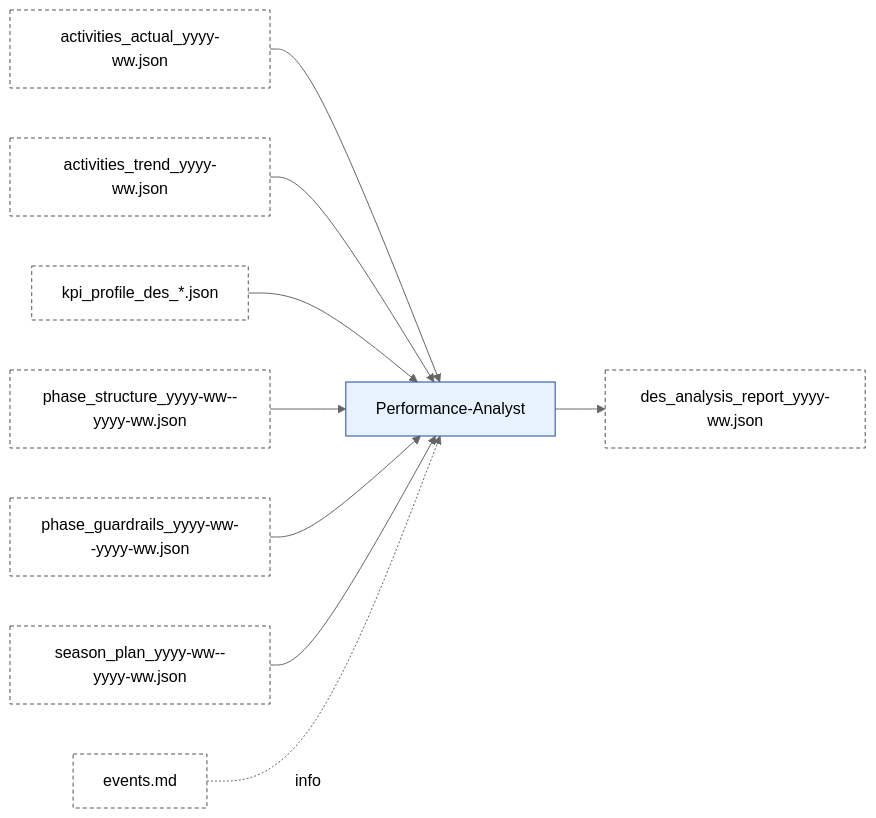
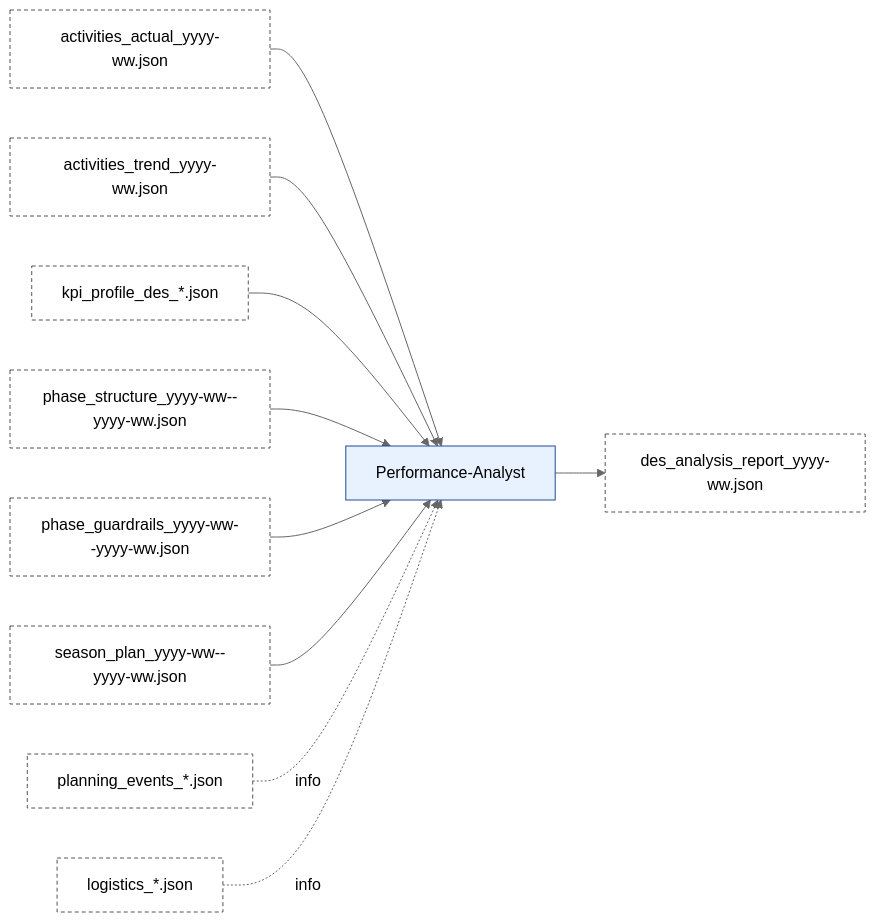
One commit to albauer-priv/RPS changed the eighth of 8 diagrams in doc/overview/artefact_flow.md. Above: the diagram before and after it, drawn with Mermaid (neutral theme). The commit also changed other lines of this file and 78 other files, not shown here.

````diff
--- a/doc/overview/artefact_flow.md
+++ b/doc/overview/artefact_flow.md
@@ -385,15 +401,16 @@
 ```mermaid
 flowchart LR
   AA[activities_actual_yyyy-ww.json]:::artefact --> PA[Performance-Analyst]:::agent
   AT[activities_trend_yyyy-ww.json]:::artefact --> PA
   KP[kpi_profile_des_*.json]:::artefact --> PA
   BEA[phase_structure_yyyy-ww--yyyy-ww.json]:::artefact --> PA
   BG[phase_guardrails_yyyy-ww--yyyy-ww.json]:::artefact --> PA
   MO[season_plan_yyyy-ww--yyyy-ww.json]:::artefact --> PA
-  EV[events.md]:::artefact -. info .-> PA
+  PE[planning_events_*.json]:::artefact -. info .-> PA
+  LG[logistics_*.json]:::artefact -. info .-> PA
 
   PA --> DR[des_analysis_report_yyyy-ww.json]:::artefact
 
   classDef agent fill:#e8f2ff,stroke:#1f4b99,stroke-width:1px;
   classDef artefact fill:#ffffff,stroke:#555,stroke-dasharray: 4 3,stroke-width:1px;
 ```
````
